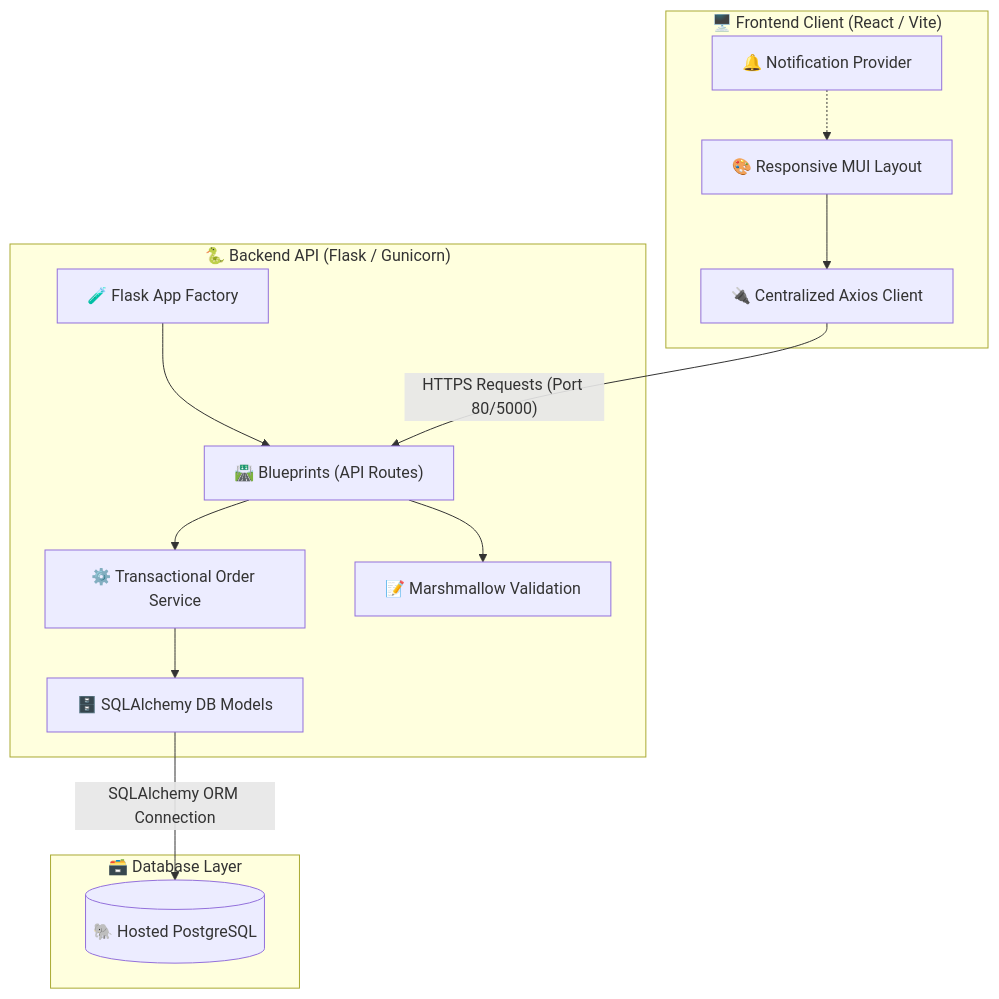
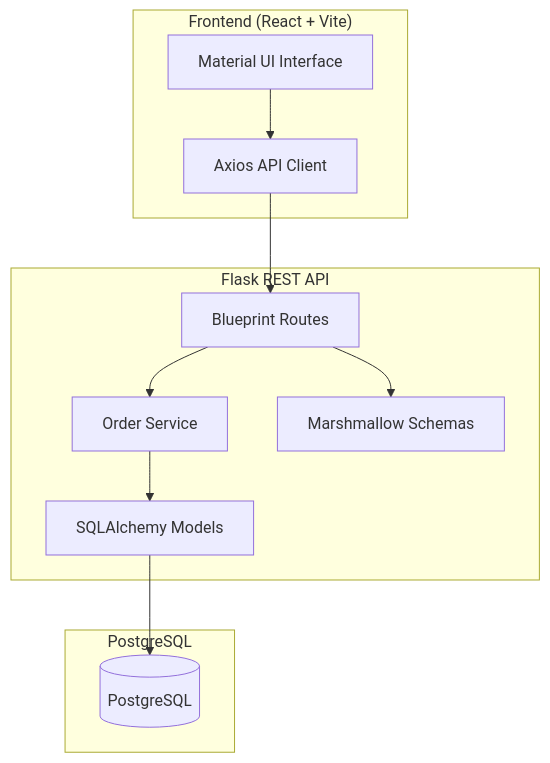
Before and after one commit to amrit446/Aether: the diagram in README.md, drawn with Mermaid. The commit also changed other lines of this file, not shown here.

````diff
--- a/README.md
+++ b/README.md
@@ -11,30 +25,25 @@
 ```mermaid
 graph TD
-    subgraph Client ["🖥️ Frontend Client (React / Vite)"]
-        UI["🎨 Responsive MUI Layout"]
-        AC["🔌 Centralized Axios Client"]
-        NC["🔔 Notification Provider"]
-        UI --> AC
-        NC -.-> UI
+    subgraph Client ["Frontend (React + Vite)"]
+        UI["Material UI Interface"]
+        API["Axios API Client"]
     end
 
-    subgraph Server ["🐍 Backend API (Flask / Gunicorn)"]
-        App["🧪 Flask App Factory"]
-        Routes["🛣️ Blueprints (API Routes)"]
-        Service["⚙️ Transactional Order Service"]
-        Schema["📝 Marshmallow Validation"]
-        Model["🗄️ SQLAlchemy DB Models"]
-        
-        App --> Routes
-        Routes --> Schema
-        Routes --> Service
-        Service --> Model
+    subgraph Backend ["Flask REST API"]
+        Routes["Blueprint Routes"]
+        Service["Order Service"]
+        Models["SQLAlchemy Models"]
+        Validation["Marshmallow Schemas"]
     end
 
-    subgraph Data ["🗃️ Database Layer"]
-        DB[("🐘 Hosted PostgreSQL")]
+    subgraph Database ["PostgreSQL"]
+        DB[(PostgreSQL)]
     end
 
-    AC -- "HTTPS Requests (Port 80/5000)" --> Routes
-    Model -- "SQLAlchemy ORM Connection" --> DB
+    UI --> API
+    API --> Routes
+    Routes --> Validation
+    Routes --> Service
+    Service --> Models
+    Models --> DB
 ```
````
